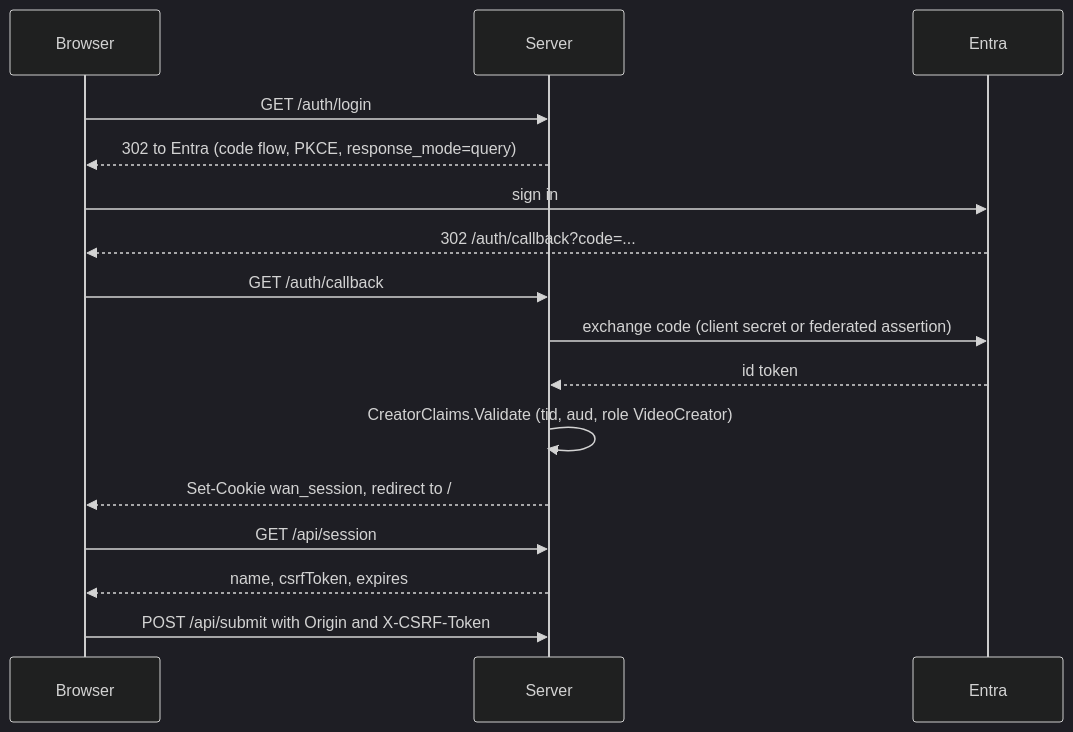
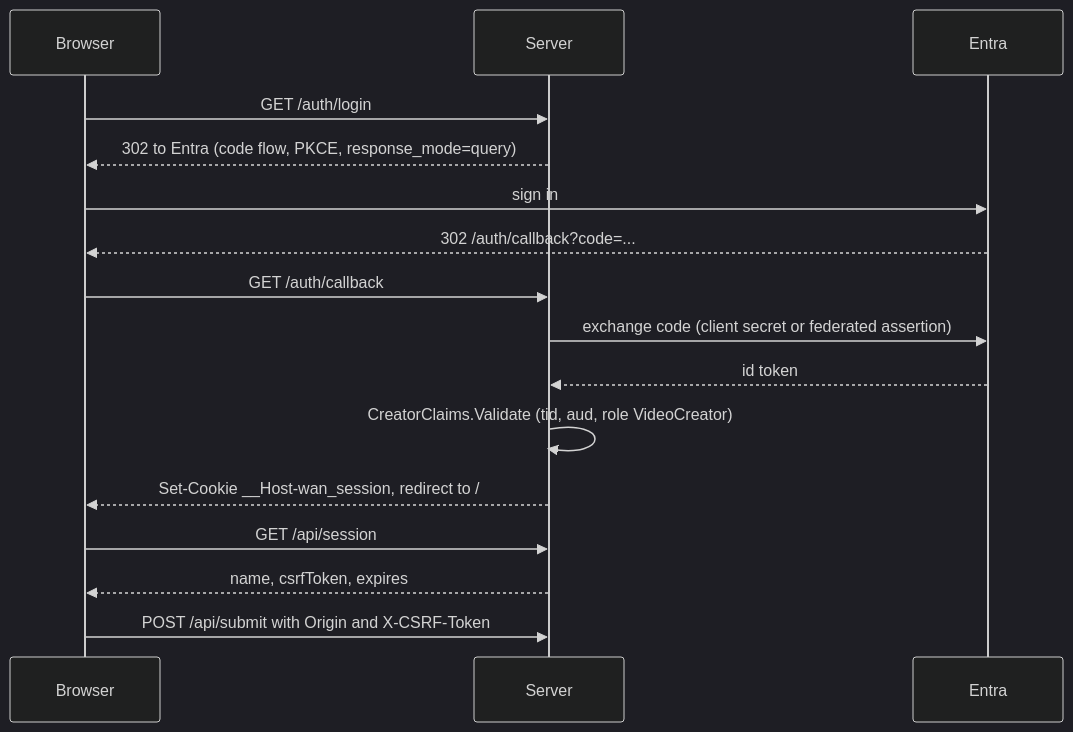
The diagram in docs-site/docs/domains/auth.mdx (seiggy/wan-safety-studio), drawn with Mermaid (dark theme) before and after one commit. The commit also changed other lines of this file and 53 other files, not shown here.

````diff
--- a/docs-site/docs/domains/auth.mdx
+++ b/docs-site/docs/domains/auth.mdx
@@ -24,19 +24,19 @@
 ```mermaid
 sequenceDiagram
   participant B as Browser
   participant S as Server
   participant E as Entra
 
   B->>S: GET /auth/login
   S-->>B: 302 to Entra (code flow, PKCE, response_mode=query)
   B->>E: sign in
   E-->>B: 302 /auth/callback?code=...
   B->>S: GET /auth/callback
   S->>E: exchange code (client secret or federated assertion)
   E-->>S: id token
   S->>S: CreatorClaims.Validate (tid, aud, role VideoCreator)
-  S-->>B: Set-Cookie wan_session, redirect to /
+  S-->>B: Set-Cookie __Host-wan_session, redirect to /
   B->>S: GET /api/session
   S-->>B: name, csrfToken, expires
   B->>S: POST /api/submit with Origin and X-CSRF-Token
 ```
````
